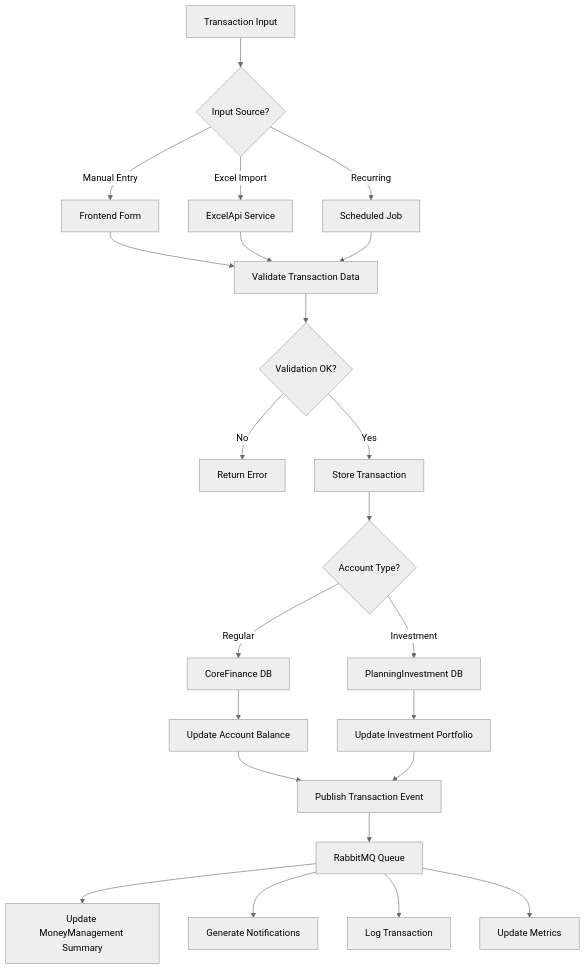
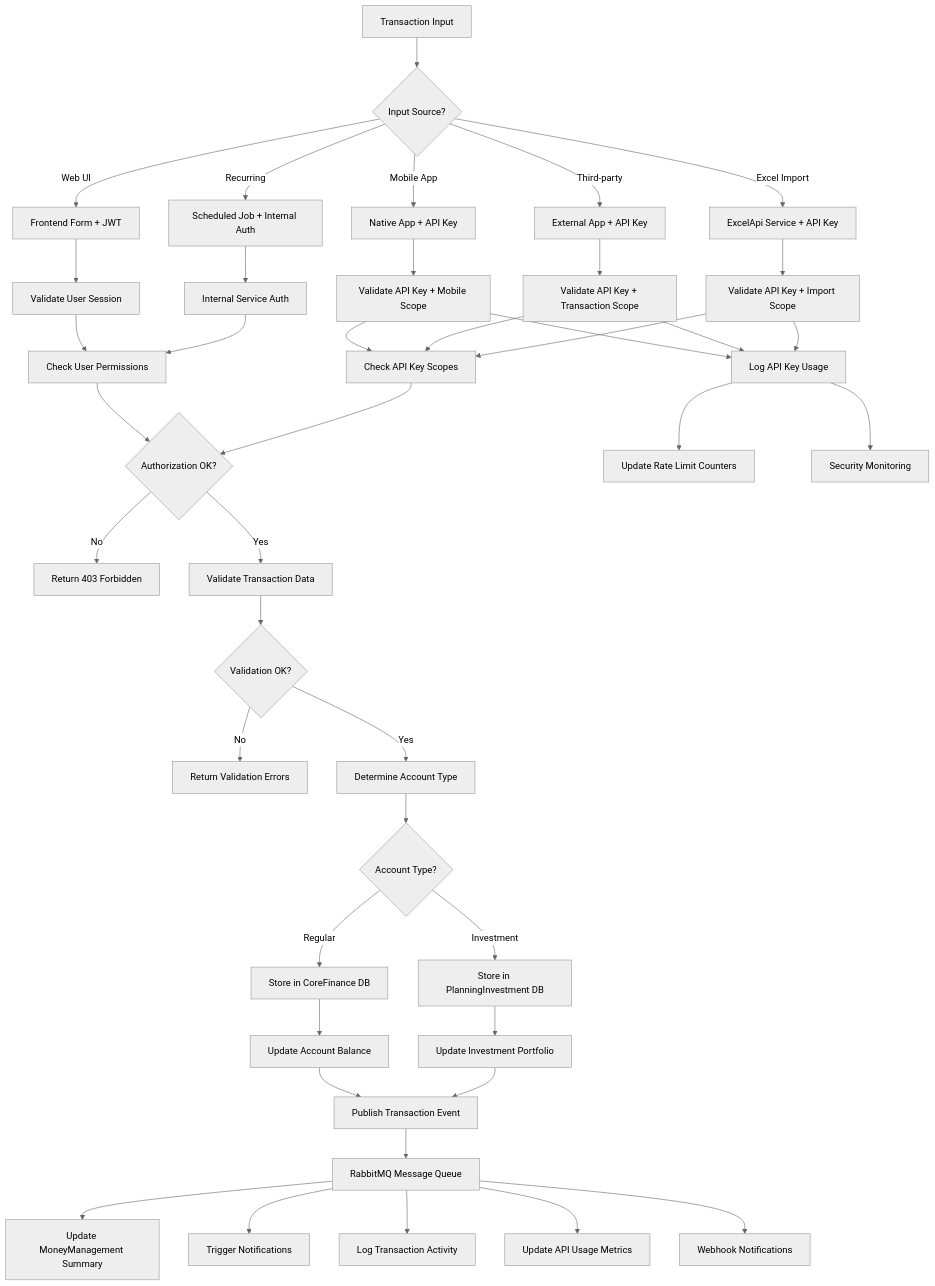
The fourth of 10 diagrams in design-docs/03-architecture/diagrams/flowcharts-v4.md (vinhltt/3_tihomo), drawn with Mermaid (neutral theme) before and after one commit. The commit also changed other lines of this file and 12 other files, not shown here.

First line of the commit message:
feat(api): Update design Enhanced API Key Management system

````diff
--- a/design-docs/03-architecture/diagrams/flowcharts-v4.md
+++ b/design-docs/03-architecture/diagrams/flowcharts-v4.md
@@ -93,31 +218,54 @@
 ```mermaid
 flowchart TD
     A[Transaction Input] --> B{Input Source?}
-    B -->|Manual Entry| C[Frontend Form]
-    B -->|Excel Import| D[ExcelApi Service]
-    B -->|Recurring| E[Scheduled Job]
+    B -->|Web UI| C[Frontend Form + JWT]
+    B -->|Mobile App| D[Native App + API Key]
+    B -->|Third-party| E[External App + API Key]
+    B -->|Excel Import| F[ExcelApi Service + API Key]
+    B -->|Recurring| G[Scheduled Job + Internal Auth]
     
-    C --> F[Validate Transaction Data]
-    D --> F
-    E --> F
+    C --> H[Validate User Session]
+    D --> I[Validate API Key + Mobile Scope]
+    E --> J[Validate API Key + Transaction Scope]
+    F --> K[Validate API Key + Import Scope]
+    G --> L[Internal Service Auth]
     
-    F --> G{Validation OK?}
-    G -->|No| H[Return Error]
-    G -->|Yes| I[Store Transaction]
+    H --> M[Check User Permissions]
+    I --> N[Check API Key Scopes]
+    J --> N
+    K --> N
+    L --> M
     
-    I --> J{Account Type?}
-    J -->|Regular| K[CoreFinance DB]
-    J -->|Investment| L[PlanningInvestment DB]
+    M --> O{Authorization OK?}
+    N --> O
+    O -->|No| P[Return 403 Forbidden]
+    O -->|Yes| Q[Validate Transaction Data]
     
-    K --> M[Update Account Balance]
-    L --> N[Update Investment Portfolio]
+    Q --> R{Validation OK?}
+    R -->|No| S[Return Validation Errors]
+    R -->|Yes| T[Determine Account Type]
     
-    M --> O[Publish Transaction Event]
-    N --> O
+    T --> U{Account Type?}
+    U -->|Regular| V[Store in CoreFinance DB]
+    U -->|Investment| W[Store in PlanningInvestment DB]
     
-    O --> P[RabbitMQ Queue]
-    P --> Q[Update MoneyManagement Summary]
-    P --> R[Generate Notifications]
-    P --> S[Log Transaction]
-    P --> T[Update Metrics]
+    V --> X[Update Account Balance]
+    W --> Y[Update Investment Portfolio]
+    
+    X --> Z[Publish Transaction Event]
+    Y --> Z
+    
+    Z --> AA[RabbitMQ Message Queue]
+    AA --> BB[Update MoneyManagement Summary]
+    AA --> CC[Trigger Notifications]
+    AA --> DD[Log Transaction Activity]
+    AA --> EE[Update API Usage Metrics]
+    AA --> FF[Webhook Notifications]
+    
+    %% API Key specific logging
+    I --> GG[Log API Key Usage]
+    J --> GG
+    K --> GG
+    GG --> HH[Update Rate Limit Counters]
+    GG --> II[Security Monitoring]
 ```
````
